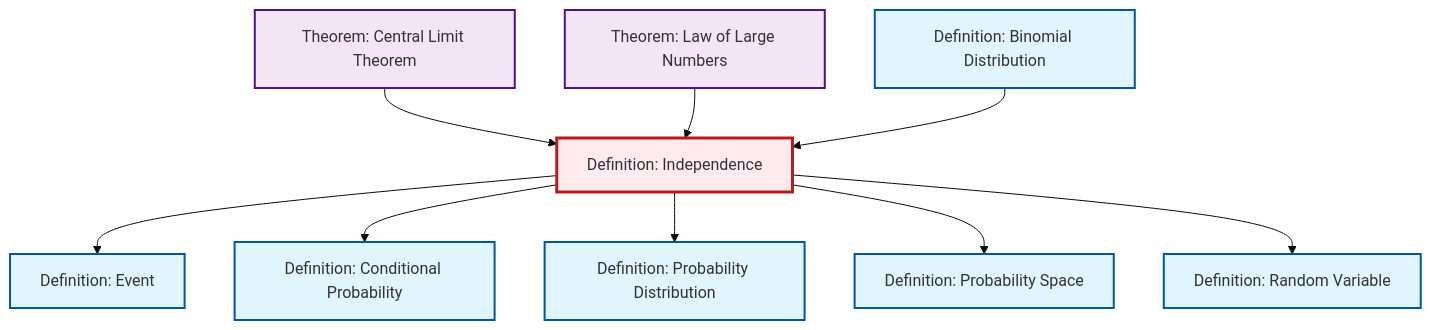
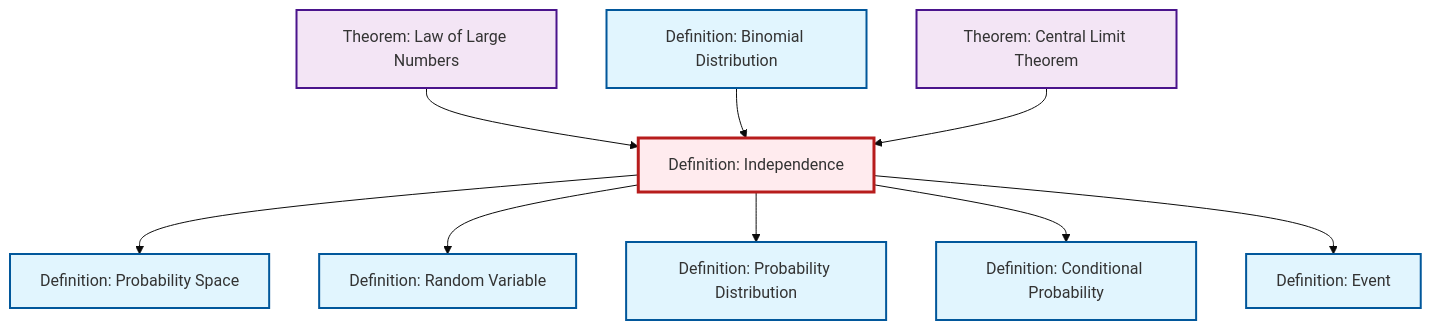
The diagram in content/en/probability-statistics/def-independence.qmd (RK0429/ModernMath), drawn with Mermaid (base theme) before and after one commit. The commit also changed other lines of this file and 1069 other files, not shown here.

````diff
--- a/content/en/probability-statistics/def-independence.qmd
+++ b/content/en/probability-statistics/def-independence.qmd
@@ -114,35 +114,35 @@
 ```{mermaid}
 %%| fig-cap: "Local dependency graph"
 graph TD
     classDef definition fill:#e1f5fe,stroke:#01579b,stroke-width:2px
     classDef theorem fill:#f3e5f5,stroke:#4a148c,stroke-width:2px
     classDef axiom fill:#fff3e0,stroke:#e65100,stroke-width:2px
     classDef example fill:#e8f5e9,stroke:#1b5e20,stroke-width:2px
     classDef current fill:#ffebee,stroke:#b71c1c,stroke-width:3px
+    def-conditional-probability["Definition: Conditional Probability"]:::definition
+    thm-central-limit["Theorem: Central Limit Theorem"]:::theorem
     def-binomial-distribution["Definition: Binomial Distribution"]:::definition
+    def-random-variable["Definition: Random Variable"]:::definition
+    def-event["Definition: Event"]:::definition
+    def-probability-space["Definition: Probability Space"]:::definition
     thm-law-of-large-numbers["Theorem: Law of Large Numbers"]:::theorem
+    def-independence["Definition: Independence"]:::definition
     def-probability-distribution["Definition: Probability Distribution"]:::definition
-    def-event["Definition: Event"]:::definition
-    def-conditional-probability["Definition: Conditional Probability"]:::definition
-    def-random-variable["Definition: Random Variable"]:::definition
-    thm-central-limit["Theorem: Central Limit Theorem"]:::theorem
-    def-independence["Definition: Independence"]:::definition
-    def-probability-space["Definition: Probability Space"]:::definition
-    thm-central-limit --> def-independence
-    def-independence --> def-event
-    def-independence --> def-conditional-probability
     thm-law-of-large-numbers --> def-independence
-    def-independence --> def-probability-distribution
     def-independence --> def-probability-space
     def-independence --> def-random-variable
+    def-independence --> def-probability-distribution
+    def-independence --> def-conditional-probability
+    def-independence --> def-event
     def-binomial-distribution --> def-independence
+    thm-central-limit --> def-independence
     class def-independence current
+    click def-conditional-probability "def-conditional-probability.html" "Go to Conditional Probability definition"
+    click thm-central-limit "thm-central-limit.html" "Go to Central Limit Theorem theorem"
     click def-binomial-distribution "def-binomial-distribution.html" "Go to Binomial Distribution definition"
+    click def-random-variable "def-random-variable.html" "Go to Random Variable definition"
+    click def-event "def-event.html" "Go to Event definition"
+    click def-probability-space "def-probability-space.html" "Go to Probability Space definition"
     click thm-law-of-large-numbers "thm-law-of-large-numbers.html" "Go to Law of Large Numbers theorem"
     click def-probability-distribution "def-probability-distribution.html" "Go to Probability Distribution definition"
-    click def-event "def-event.html" "Go to Event definition"
-    click def-conditional-probability "def-conditional-probability.html" "Go to Conditional Probability definition"
-    click def-random-variable "def-random-variable.html" "Go to Random Variable definition"
-    click thm-central-limit "thm-central-limit.html" "Go to Central Limit Theorem theorem"
-    click def-probability-space "def-probability-space.html" "Go to Probability Space definition"
 ```
````
